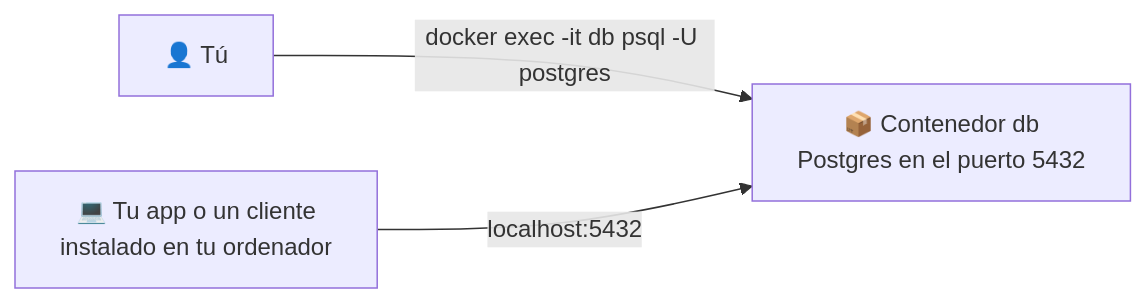
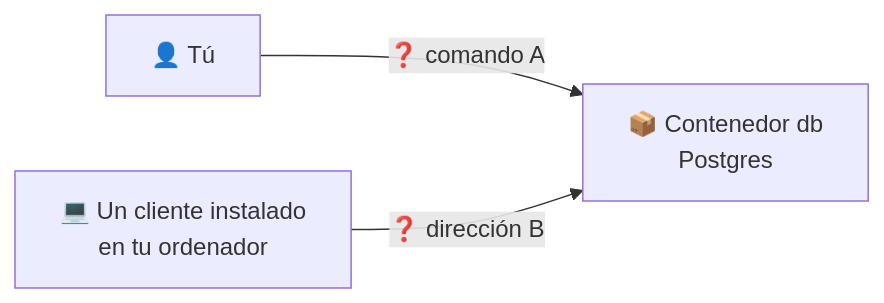
The second of 4 diagrams in Docker/D05 - Imágenes de terceros/apuntes.md (JgregoriDev/docker-learning), drawn with Mermaid before and after one commit. The commit also changed other lines of this file and 11 other files, not shown here.

````diff
--- a/Docker/D05 - Imágenes de terceros/apuntes.md
+++ b/Docker/D05 - Imágenes de terceros/apuntes.md
@@ -112,5 +273,5 @@
 ```mermaid
 flowchart LR
-    T["👤 Tú"] -->|"docker exec -it db psql -U postgres"| C["📦 Contenedor db<br/>Postgres en el puerto 5432"]
-    A["💻 Tu app o un cliente<br/>instalado en tu ordenador"] -->|"localhost:5432"| C
+    T["👤 Tú"] -->|"❓ comando A"| C["📦 Contenedor db<br/>Postgres"]
+    P["💻 Un cliente instalado<br/>en tu ordenador"] -->|"❓ dirección B"| C
 ```
````
